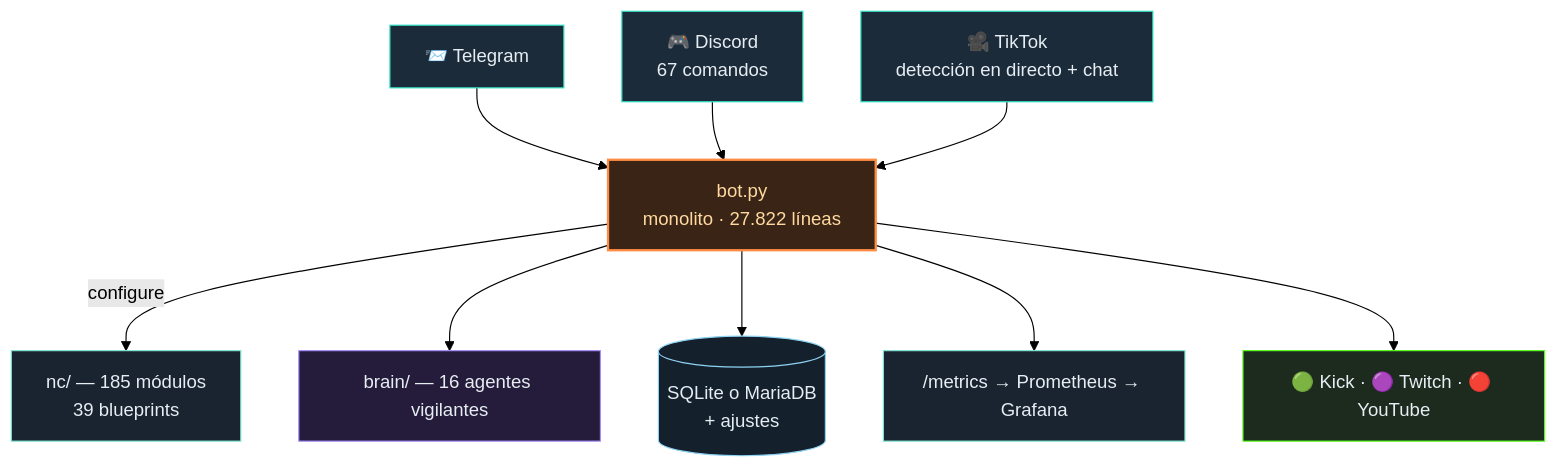
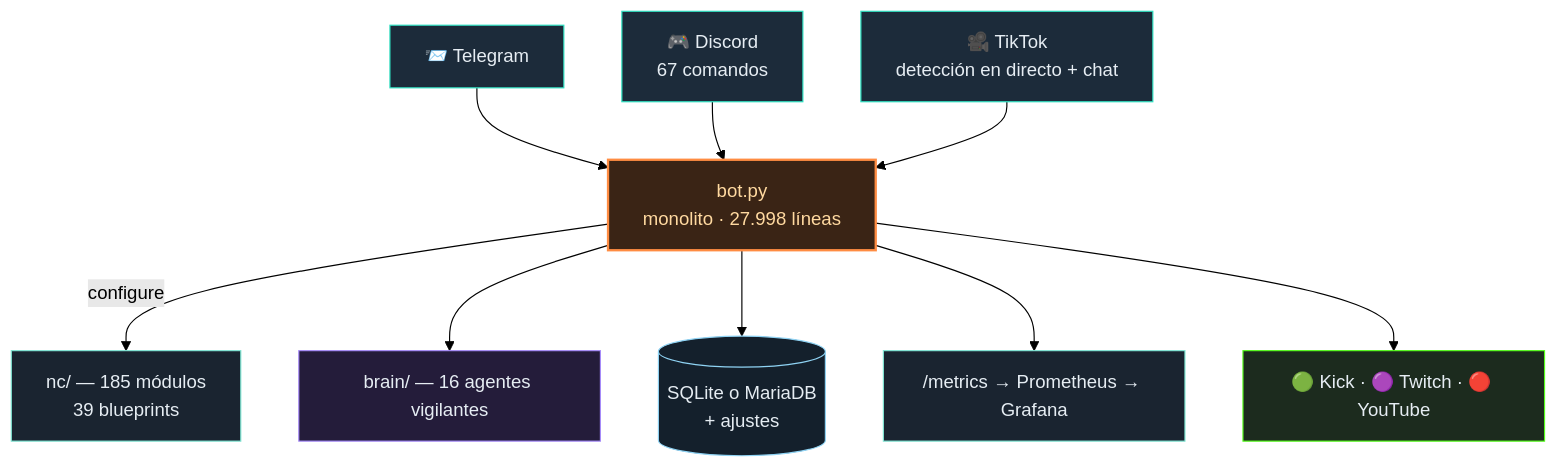
The diagram in README.es.md (itsamemedev/Telegram-Stream-Info-Bot), drawn with Mermaid (forest theme) before and after one commit. The commit also changed other lines of this file and 11 other files, not shown here.

````diff
--- a/README.es.md
+++ b/README.es.md
@@ -64,18 +64,18 @@
 ```mermaid
 flowchart TB
     TG["📨 Telegram"]:::ein --> BOT
     DC["🎮 Discord<br/>67 comandos"]:::ein --> BOT
     TT["🎥 TikTok<br/>detección en directo + chat"]:::ein --> BOT
-    BOT["bot.py<br/>monolito · 27.822 líneas"]:::core
+    BOT["bot.py<br/>monolito · 27.998 líneas"]:::core
     BOT -->|configure| NC["nc/ — 185 módulos<br/>39 blueprints"]:::lib
     BOT --> BRAIN["brain/ — 16 agentes vigilantes"]:::brain
     BOT --> DB[("SQLite o MariaDB<br/>+ ajustes")]:::db
     BOT --> PROM["/metrics → Prometheus → Grafana"]:::lib
     BOT --> OUT["🟢 Kick · 🟣 Twitch · 🔴 YouTube"]:::out
     classDef ein fill:#1c2b3a,stroke:#2de1c2,color:#e6edf3
     classDef core fill:#3a2415,stroke:#ff8c42,stroke-width:2px,color:#ffd9a0
     classDef lib fill:#1a2430,stroke:#7fe7d4,color:#e6edf3
     classDef brain fill:#241c3a,stroke:#a78bfa,color:#e6edf3
     classDef db fill:#14202c,stroke:#8fd3f4,color:#e6edf3
     classDef out fill:#1c2b1e,stroke:#53fc18,color:#e6edf3
 ```
````
